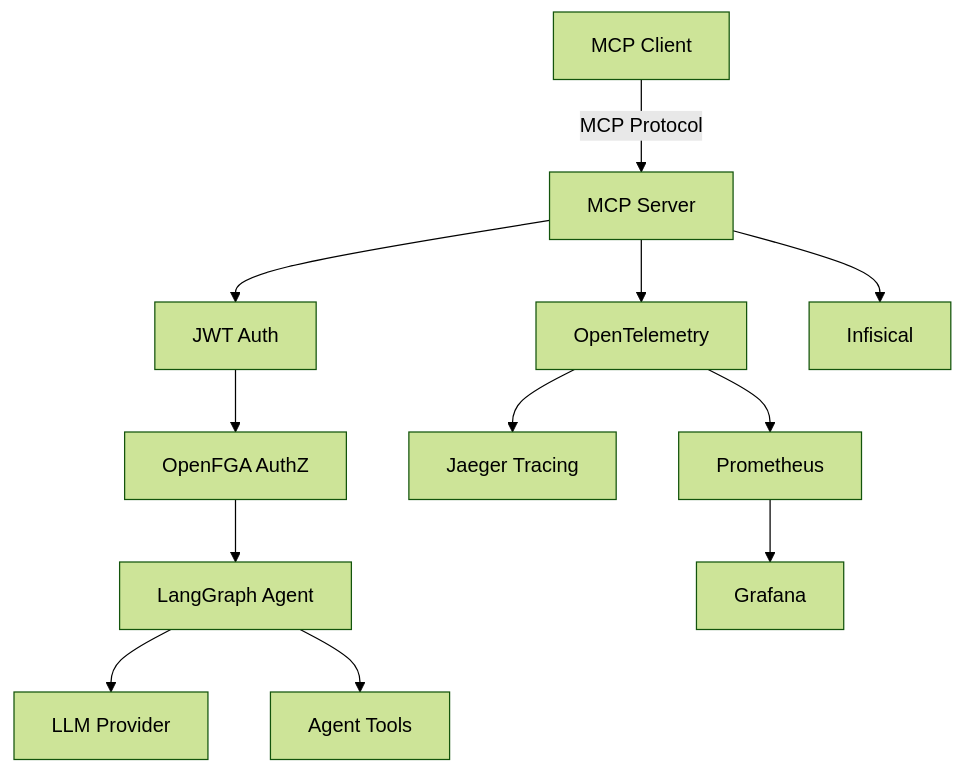
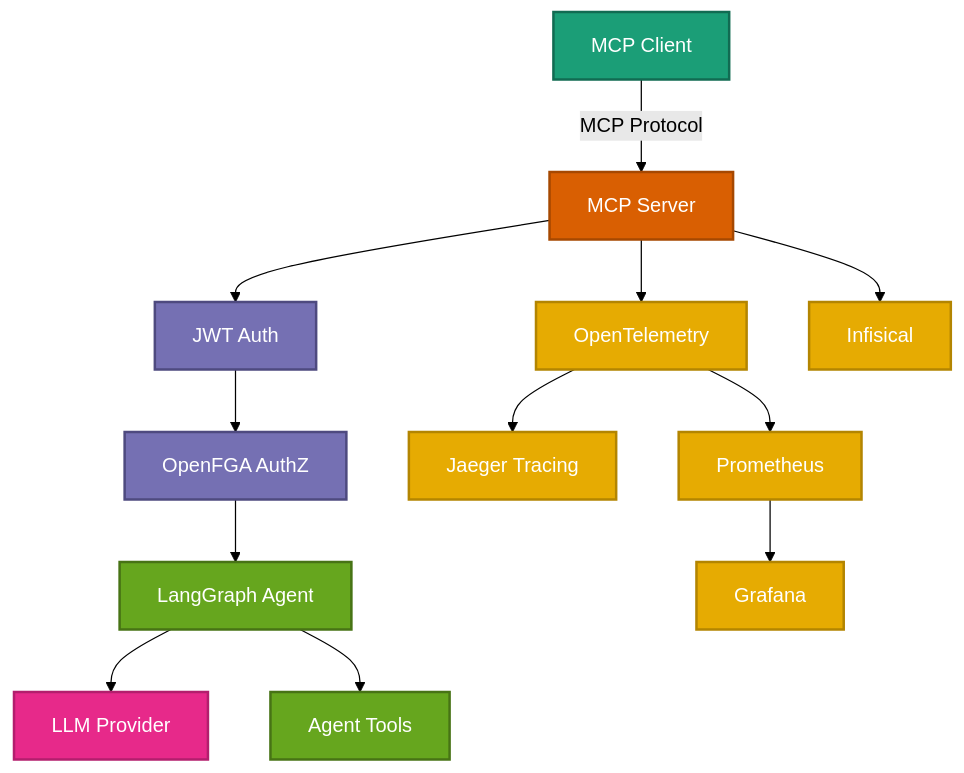
One commit to vishnu2kmohan/mcp-server-langgraph changed the diagram in docs/getting-started/introduction.mdx. Above: the diagram before and after it, drawn with Mermaid (forest theme). The commit also changed 9 other files, not shown here.

First line of the commit message:
style: apply ColorBrewer2 Dark2 palette to all remaining diagrams

````diff
--- a/docs/getting-started/introduction.mdx
+++ b/docs/getting-started/introduction.mdx
@@ -87,14 +87,29 @@
 ```mermaid
 graph TB
     Client[MCP Client] -->|MCP Protocol| Server[MCP Server]
     Server --> Auth[JWT Auth]
     Auth --> AuthZ[OpenFGA AuthZ]
     AuthZ --> Agent[LangGraph Agent]
     Agent --> LLM[LLM Provider]
     Agent --> Tools[Agent Tools]
     Server --> Otel[OpenTelemetry]
     Otel --> Jaeger[Jaeger Tracing]
     Otel --> Prom[Prometheus]
     Prom --> Grafana[Grafana]
     Server --> Secrets[Infisical]
+
+    %% ColorBrewer2 Dark2 palette styling
+    classDef clientStyle fill:#1b9e77,stroke:#116b52,stroke-width:2px,color:#fff
+    classDef serverStyle fill:#d95f02,stroke:#a64801,stroke-width:2px,color:#fff
+    classDef authStyle fill:#7570b3,stroke:#4e4a7f,stroke-width:2px,color:#fff
+    classDef agentStyle fill:#66a61e,stroke:#477315,stroke-width:2px,color:#fff
+    classDef llmStyle fill:#e7298a,stroke:#b31e6d,stroke-width:2px,color:#fff
+    classDef obsStyle fill:#e6ab02,stroke:#b38501,stroke-width:2px,color:#fff
+
+    class Client clientStyle
+    class Server serverStyle
+    class Auth,AuthZ authStyle
+    class Agent,Tools agentStyle
+    class LLM llmStyle
+    class Otel,Jaeger,Prom,Grafana,Secrets obsStyle
 ```
````
